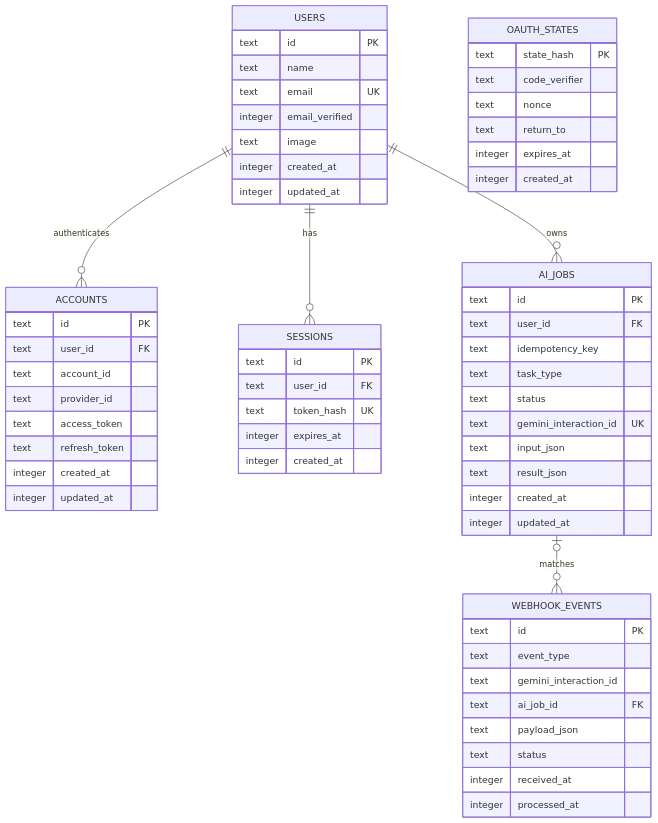
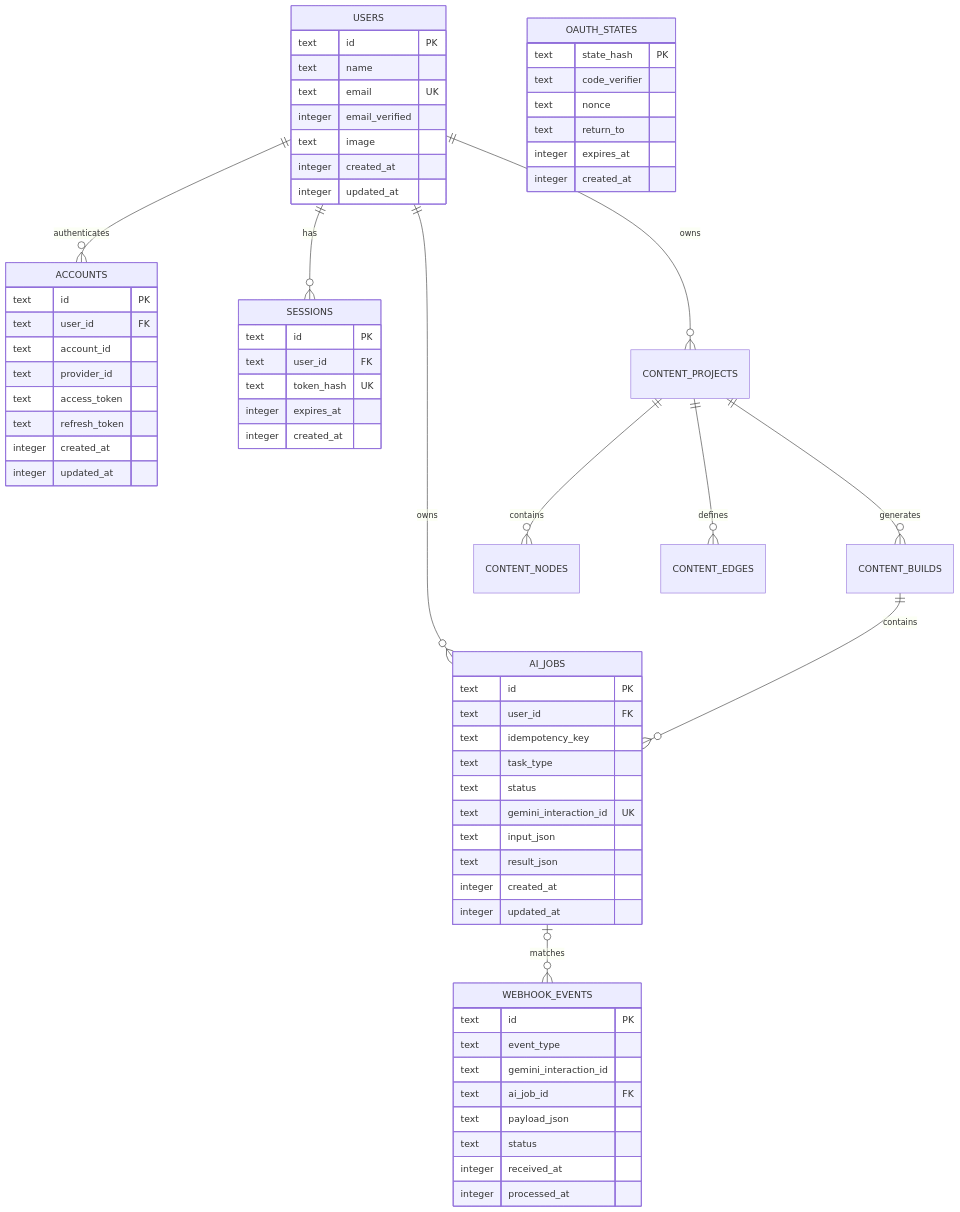
One commit to leejss/chaek changed the first of 3 diagrams in docs/database-schema.md. Above: the diagram before and after it, drawn with Mermaid. The commit also changed other lines of this file and 54 other files, not shown here.

````diff
--- a/docs/database-schema.md
+++ b/docs/database-schema.md
@@ -15,69 +15,74 @@
 ```mermaid
 erDiagram
     USERS ||--o{ ACCOUNTS : authenticates
     USERS ||--o{ SESSIONS : has
     USERS ||--o{ AI_JOBS : owns
+    USERS ||--o{ CONTENT_PROJECTS : owns
+    CONTENT_PROJECTS ||--o{ CONTENT_NODES : contains
+    CONTENT_PROJECTS ||--o{ CONTENT_EDGES : defines
+    CONTENT_PROJECTS ||--o{ CONTENT_BUILDS : generates
+    CONTENT_BUILDS ||--o{ AI_JOBS : contains
     AI_JOBS o|--o{ WEBHOOK_EVENTS : matches
 
     USERS {
         text id PK
         text name
         text email UK
         integer email_verified
         text image
         integer created_at
         integer updated_at
     }
 
     ACCOUNTS {
         text id PK
         text user_id FK
         text account_id
         text provider_id
         text access_token
         text refresh_token
         integer created_at
         integer updated_at
     }
 
     SESSIONS {
         text id PK
         text user_id FK
         text token_hash UK
         integer expires_at
         integer created_at
     }
 
     OAUTH_STATES {
         text state_hash PK
         text code_verifier
         text nonce
         text return_to
         integer expires_at
         integer created_at
     }
 
     AI_JOBS {
         text id PK
         text user_id FK
         text idempotency_key
         text task_type
         text status
         text gemini_interaction_id UK
         text input_json
         text result_json
         integer created_at
         integer updated_at
     }
 
     WEBHOOK_EVENTS {
         text id PK
         text event_type
         text gemini_interaction_id
         text ai_job_id FK
         text payload_json
         text status
         integer received_at
         integer processed_at
     }
 ```
````
